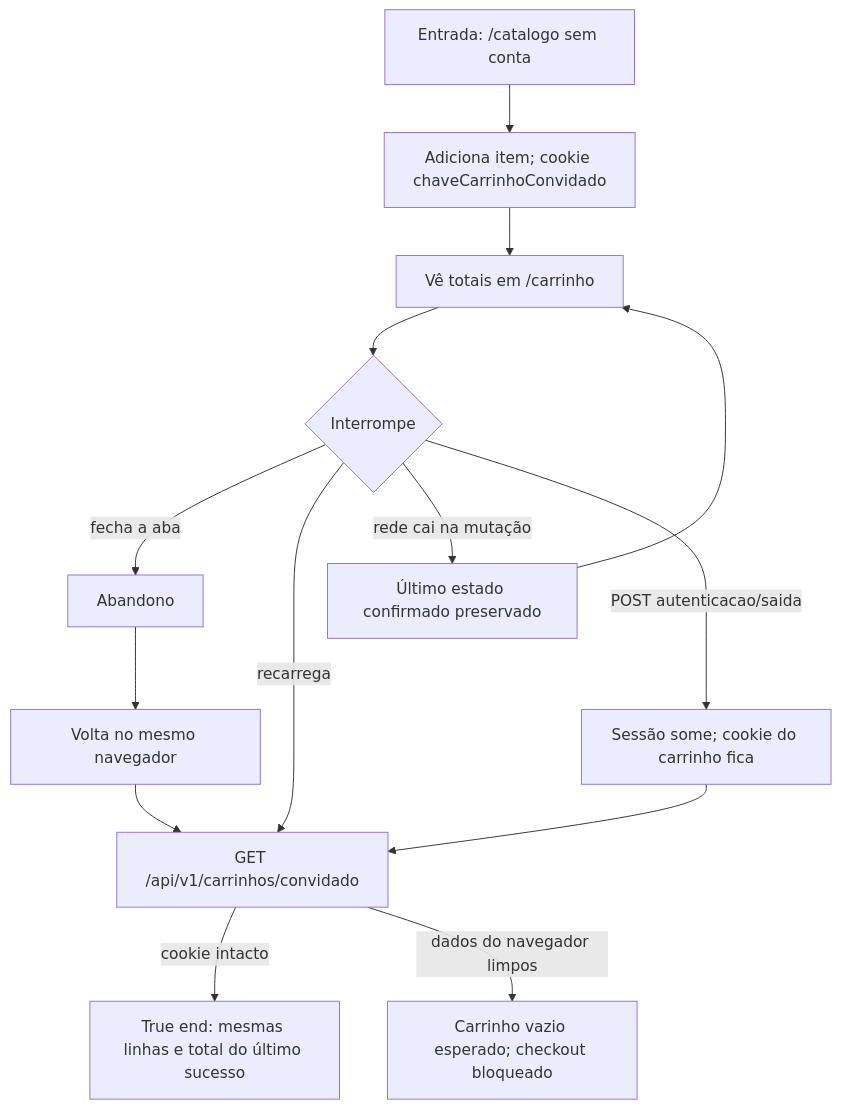
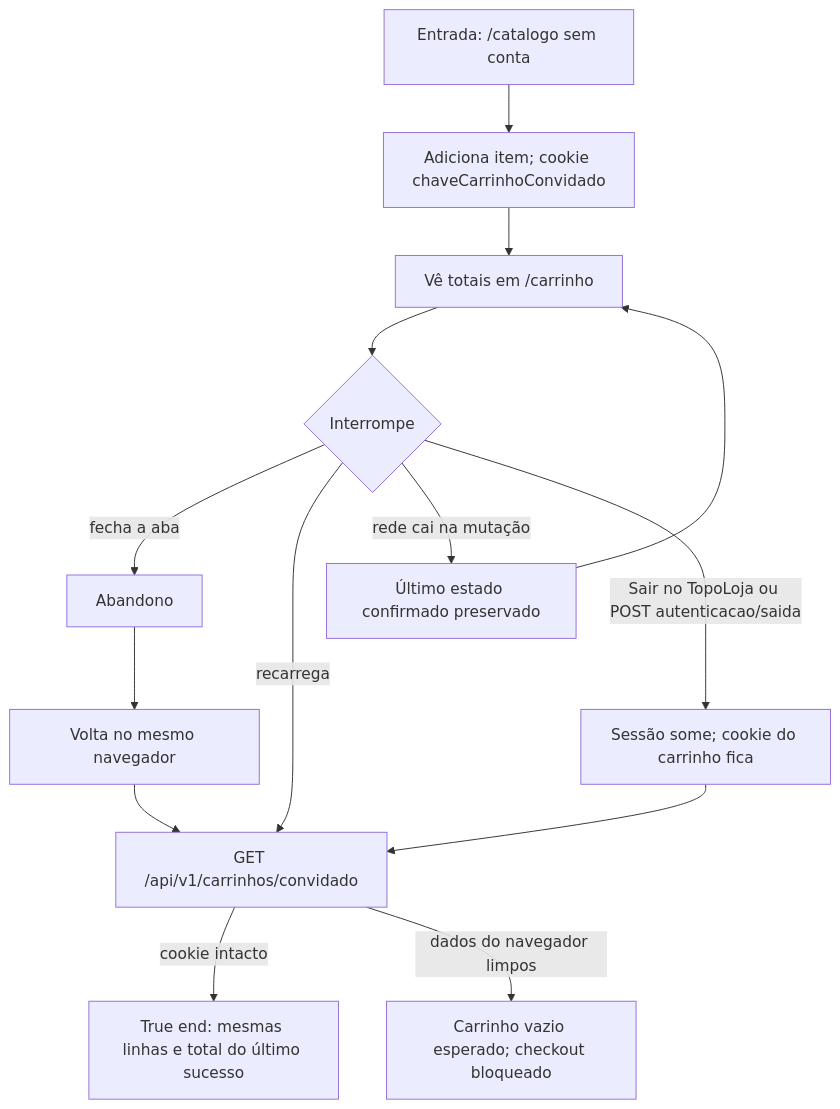
Before and after one commit to vicentepf78/pedido-produtor-rural: the diagram in docs/qa/journeys/J-convidado-retoma-carrinho.md, drawn with Mermaid. The commit also changed 48 other files, not shown here.

````diff
--- a/docs/qa/journeys/J-convidado-retoma-carrinho.md
+++ b/docs/qa/journeys/J-convidado-retoma-carrinho.md
@@ -7,16 +7,16 @@
 ```mermaid
 flowchart TD
     E[Entrada: /catalogo sem conta] --> A[Adiciona item; cookie chaveCarrinhoConvidado]
     A --> B[Vê totais em /carrinho]
     B --> C{Interrompe}
     C -->|fecha a aba| D[Abandono]
     C -->|recarrega| E1[GET /api/v1/carrinhos/convidado]
     C -->|rede cai na mutação| E2[Último estado confirmado preservado]
-    C -->|POST autenticacao/saida| E3[Sessão some; cookie do carrinho fica]
+    C -->|Sair no TopoLoja ou POST autenticacao/saida| E3[Sessão some; cookie do carrinho fica]
     D --> F[Volta no mesmo navegador]
     F --> E1
     E2 --> B
     E3 --> E1
     E1 -->|cookie intacto| G[True end: mesmas linhas e total do último sucesso]
     E1 -->|dados do navegador limpos| X[Carrinho vazio esperado; checkout bloqueado]
 ```
````
